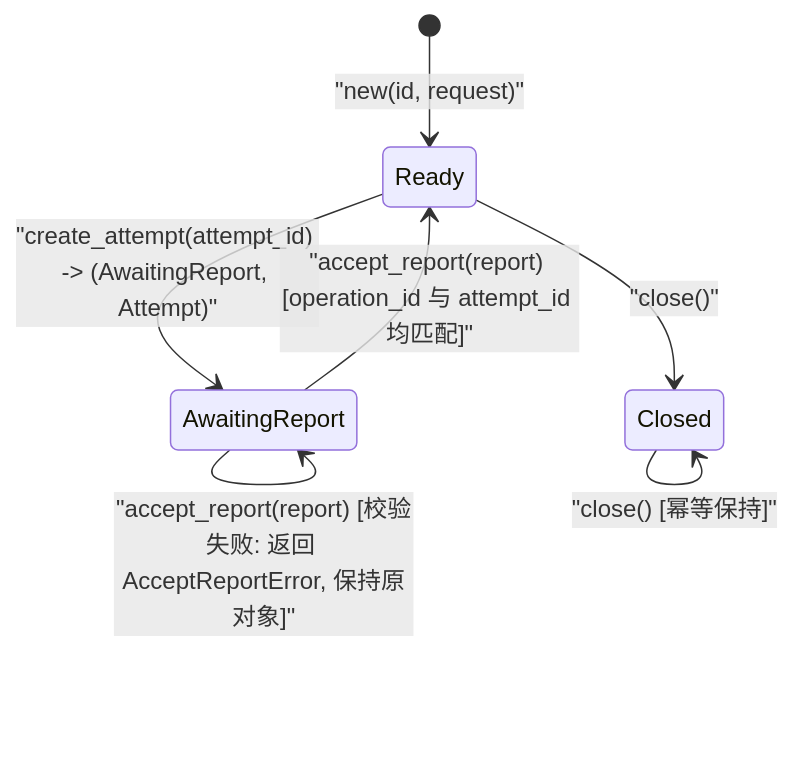
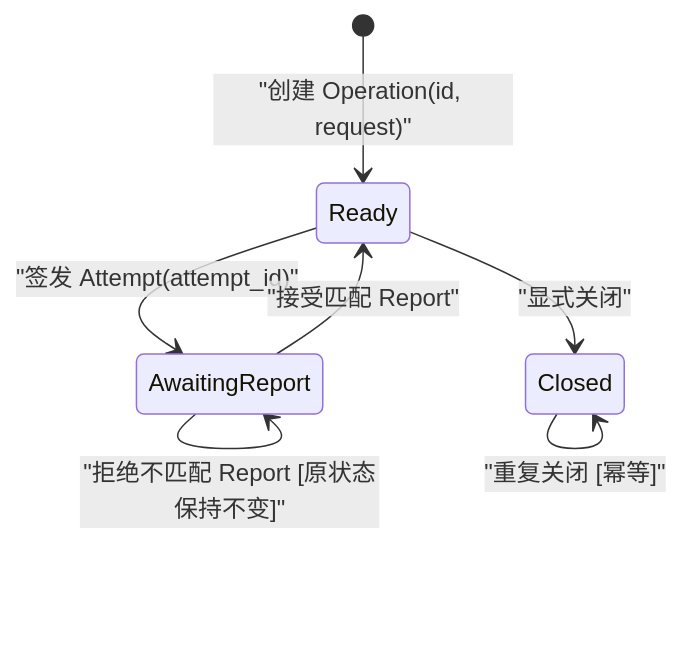
Before and after one commit to Everfold/Beamlet: the first of 2 diagrams in spec/01-kernel.md, drawn with Mermaid. The commit also changed other lines of this file and 10 other files, not shown here.

````diff
--- a/spec/01-kernel.md
+++ b/spec/01-kernel.md
@@ -15,9 +15,9 @@
 ```mermaid
 stateDiagram-v2
-    [*] --> Ready: "new(id, request)"
-    Ready --> AwaitingReport: "create_attempt(attempt_id) -> (AwaitingReport, Attempt)"
-    AwaitingReport --> Ready: "accept_report(report) [operation_id 与 attempt_id 均匹配]"
-    AwaitingReport --> AwaitingReport: "accept_report(report) [校验失败: 返回 AcceptReportError, 保持原对象]"
-    Ready --> Closed: "close()"
-    Closed --> Closed: "close() [幂等保持]"
+    [*] --> Ready: "创建 Operation(id, request)"
+    Ready --> AwaitingReport: "签发 Attempt(attempt_id)"
+    AwaitingReport --> Ready: "接受匹配 Report"
+    AwaitingReport --> AwaitingReport: "拒绝不匹配 Report [原状态保持不变]"
+    Ready --> Closed: "显式关闭"
+    Closed --> Closed: "重复关闭 [幂等]"
 ```
````
